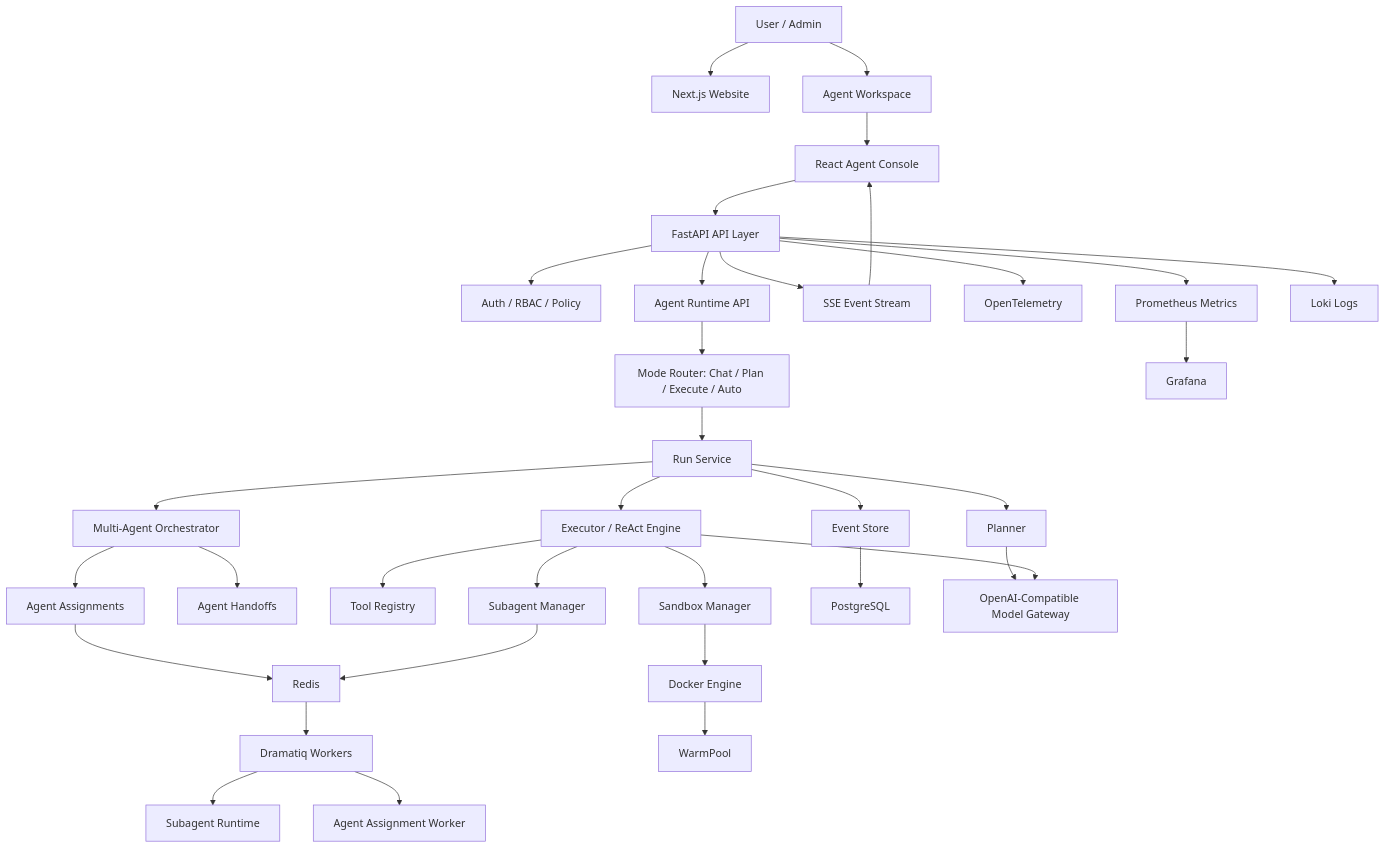
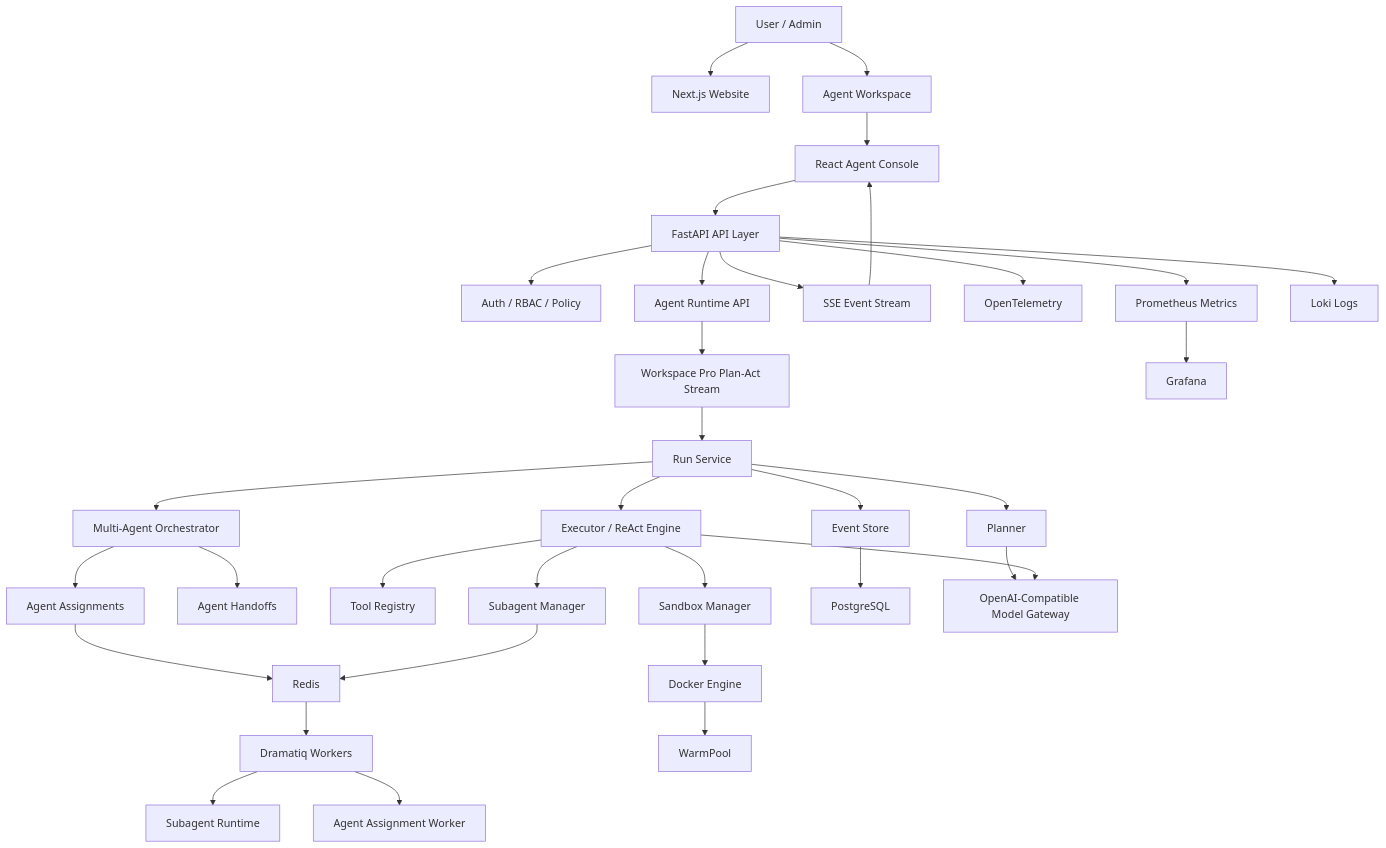
The first of 3 diagrams in docs/human/03-system-architecture.md (luohao0308/harness), drawn with Mermaid before and after one commit. The commit also changed other lines of this file and 97 other files, not shown here.

First line of the commit message:
Stabilize Workspace Pro baseline for team execution

````diff
--- a/docs/human/03-system-architecture.md
+++ b/docs/human/03-system-architecture.md
@@ -60,36 +60,36 @@
 ```mermaid
 flowchart TD
     U["User / Admin"] --> WEB["Next.js Website"]
     U --> WORKSPACE["Agent Workspace"]
     WORKSPACE --> CONSOLE["React Agent Console"]
     CONSOLE --> API["FastAPI API Layer"]
     API --> AUTH["Auth / RBAC / Policy"]
     API --> AGENT["Agent Runtime API"]
-    AGENT --> MODE["Mode Router: Chat / Plan / Execute / Auto"]
-    MODE --> TASK["Run Service"]
+    AGENT --> WORKMODE["Workspace Pro Plan-Act Stream"]
+    WORKMODE --> TASK["Run Service"]
     TASK --> PLANNER["Planner"]
     TASK --> EXEC["Executor / ReAct Engine"]
     TASK --> EVENTS["Event Store"]
     TASK --> ORCH["Multi-Agent Orchestrator"]
     ORCH --> ASSIGN["Agent Assignments"]
     ORCH --> HANDOFF["Agent Handoffs"]
     ASSIGN --> REDIS
     EXEC --> TOOLS["Tool Registry"]
     EXEC --> SUB["Subagent Manager"]
     EXEC --> SANDBOX["Sandbox Manager"]
     SUB --> REDIS["Redis"]
     REDIS --> DRAMATIQ["Dramatiq Workers"]
     DRAMATIQ --> SUBRUN["Subagent Runtime"]
     DRAMATIQ --> ASSIGNRUN["Agent Assignment Worker"]
     SANDBOX --> DOCKER["Docker Engine"]
     DOCKER --> WARM["WarmPool"]
     EVENTS --> PG["PostgreSQL"]
     API --> STREAM["SSE Event Stream"]
     STREAM --> CONSOLE
     API --> OTEL["OpenTelemetry"]
     API --> PROM["Prometheus Metrics"]
     PROM --> GRAFANA["Grafana"]
     API --> LOKI["Loki Logs"]
     PLANNER --> MODEL["OpenAI-Compatible Model Gateway"]
     EXEC --> MODEL
 ```
````
